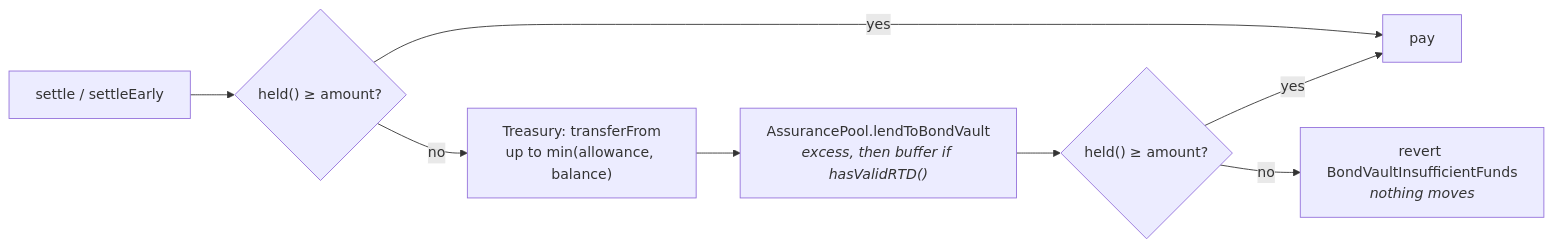
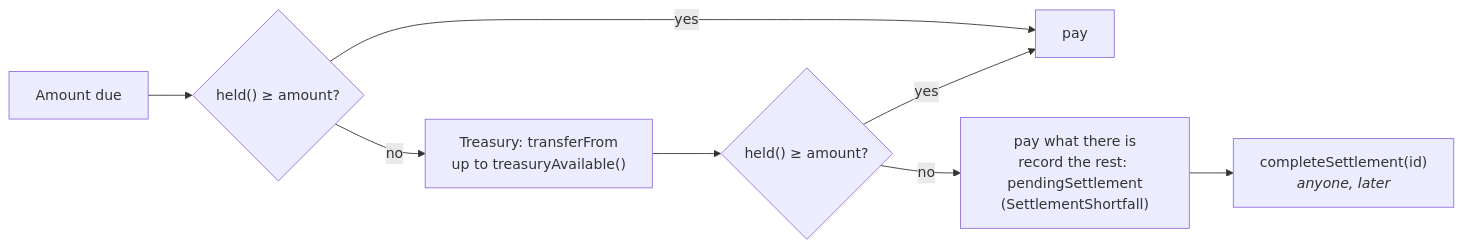
Before and after one commit to Deed3Labs/Protocol-Contracts: the third of 3 diagrams in docs/protocol/bonds.md, drawn with Mermaid. The commit also changed other lines of this file and 35 other files, not shown here.

````diff
--- a/docs/protocol/bonds.md
+++ b/docs/protocol/bonds.md
@@ -126,10 +167,10 @@
 ```mermaid
 flowchart LR
-  S["settle / settleEarly"] --> H{"held() ≥ amount?"}
+  A["Amount due"] --> H{"held() ≥ amount?"}
   H -->|"yes"| PAY["pay"]
-  H -->|"no"| T["Treasury: transferFrom<br/>up to min(allowance, balance)"]
-  T --> A["AssurancePool.lendToBondVault<br/><i>excess, then buffer if hasValidRTD()</i>"]
-  A --> C{"held() ≥ amount?"}
+  H -->|"no"| T["Treasury: transferFrom<br/>up to treasuryAvailable()"]
+  T --> C{"held() ≥ amount?"}
   C -->|"yes"| PAY
-  C -->|"no"| R["revert BondVaultInsufficientFunds<br/><i>nothing moves</i>"]
+  C -->|"no"| O["pay what there is<br/>record the rest: pendingSettlement<br/>(SettlementShortfall)"]
+  O --> CS["completeSettlement(id)<br/><i>anyone, later</i>"]
 ```
````
